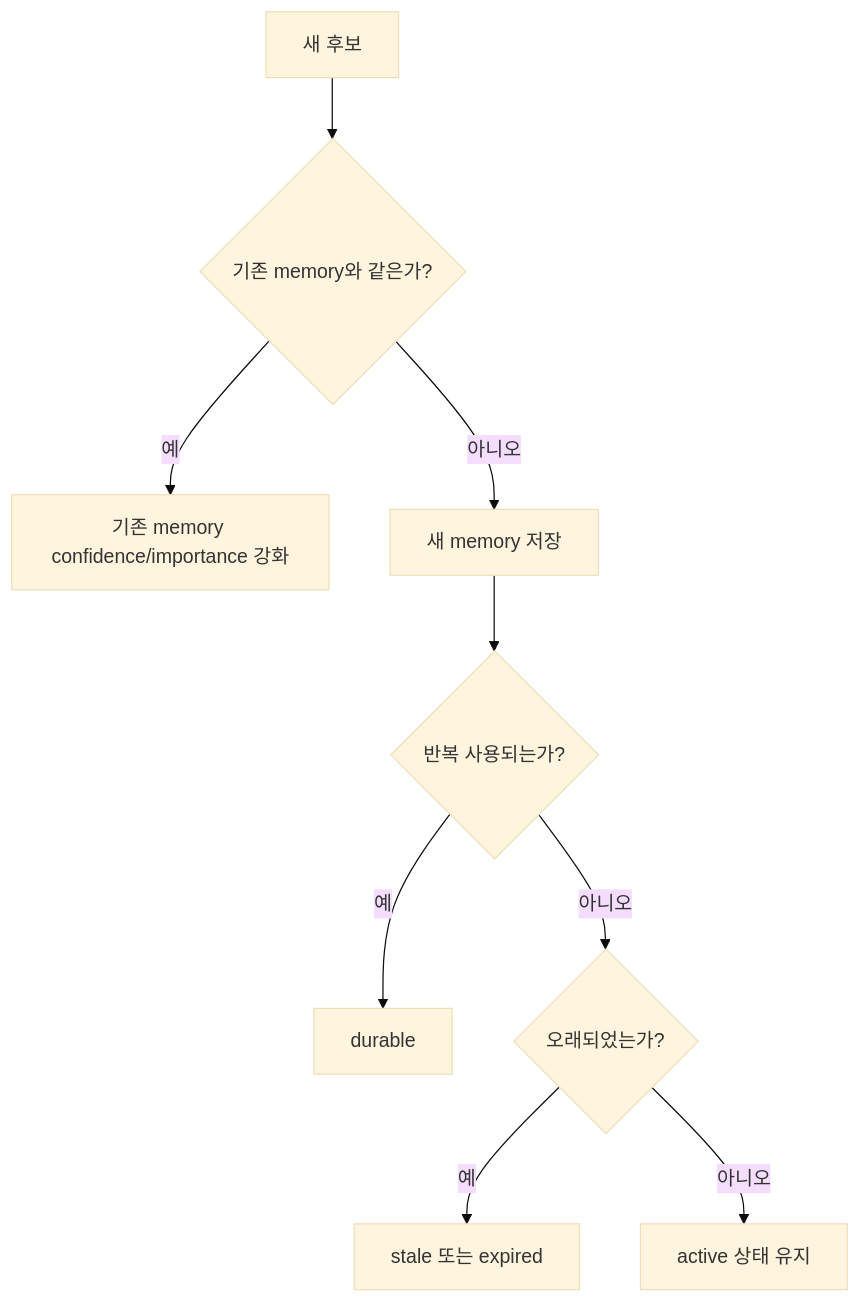
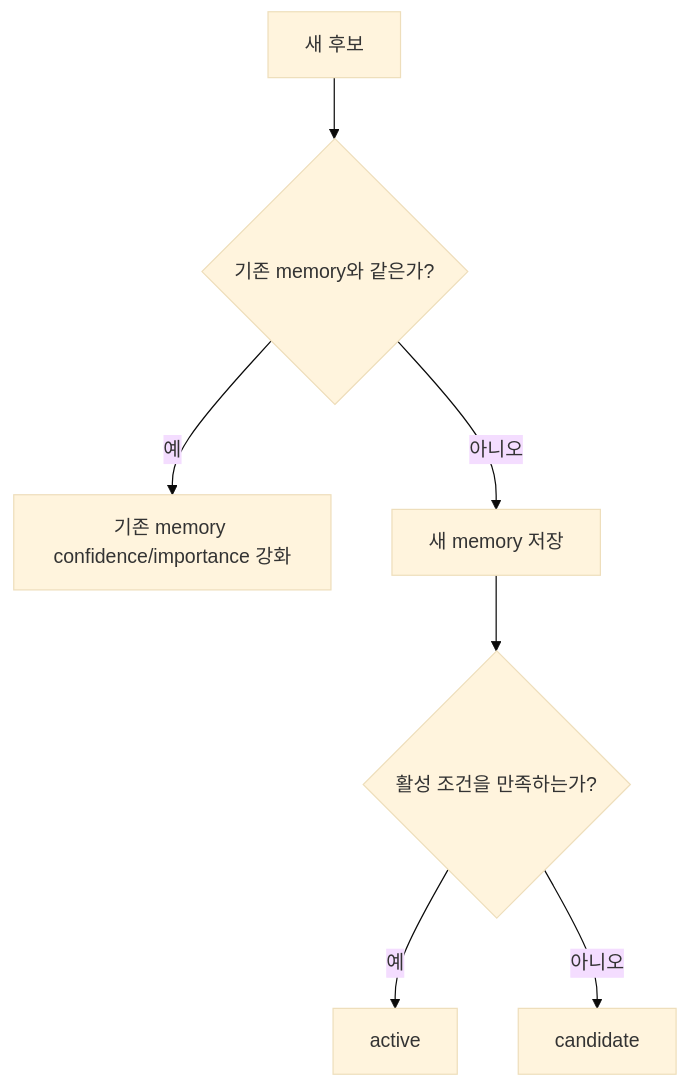
The eighth of 8 diagrams in README.md (lteawoo/MemAssist), drawn with Mermaid (base theme) before and after one commit. The commit also changed other lines of this file and 22 other files, not shown here.

````diff
--- a/README.md
+++ b/README.md
@@ -378,11 +363,9 @@
 ```mermaid
 flowchart TD
     A[새 후보] --> B{기존 memory와 같은가?}
     B -->|예| C[기존 memory confidence/importance 강화]
     B -->|아니오| D[새 memory 저장]
-    D --> E{반복 사용되는가?}
-    E -->|예| F[durable]
-    E -->|아니오| G{오래되었는가?}
-    G -->|예| H[stale 또는 expired]
-    G -->|아니오| I[active 상태 유지]
+    D --> E{활성 조건을 만족하는가?}
+    E -->|예| F[active]
+    E -->|아니오| G[candidate]
 ```
````
